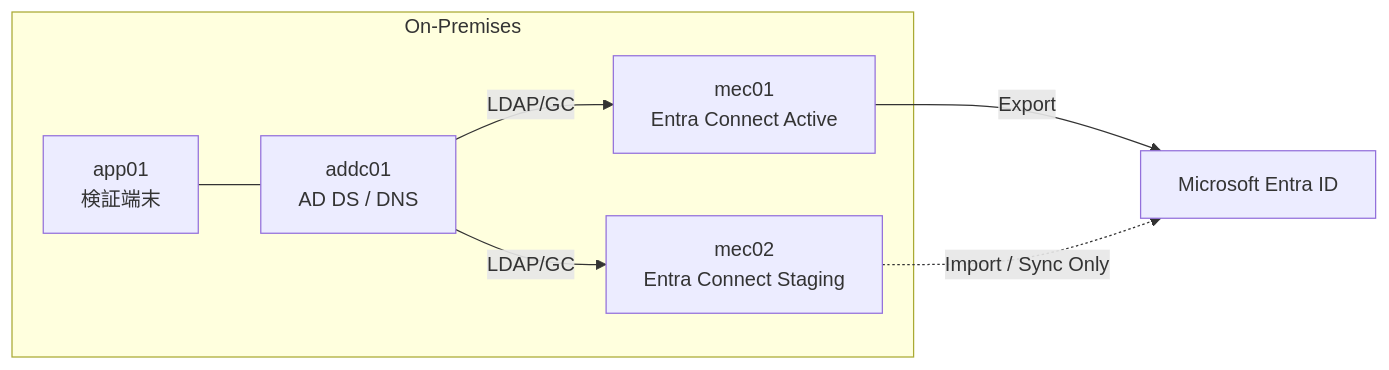
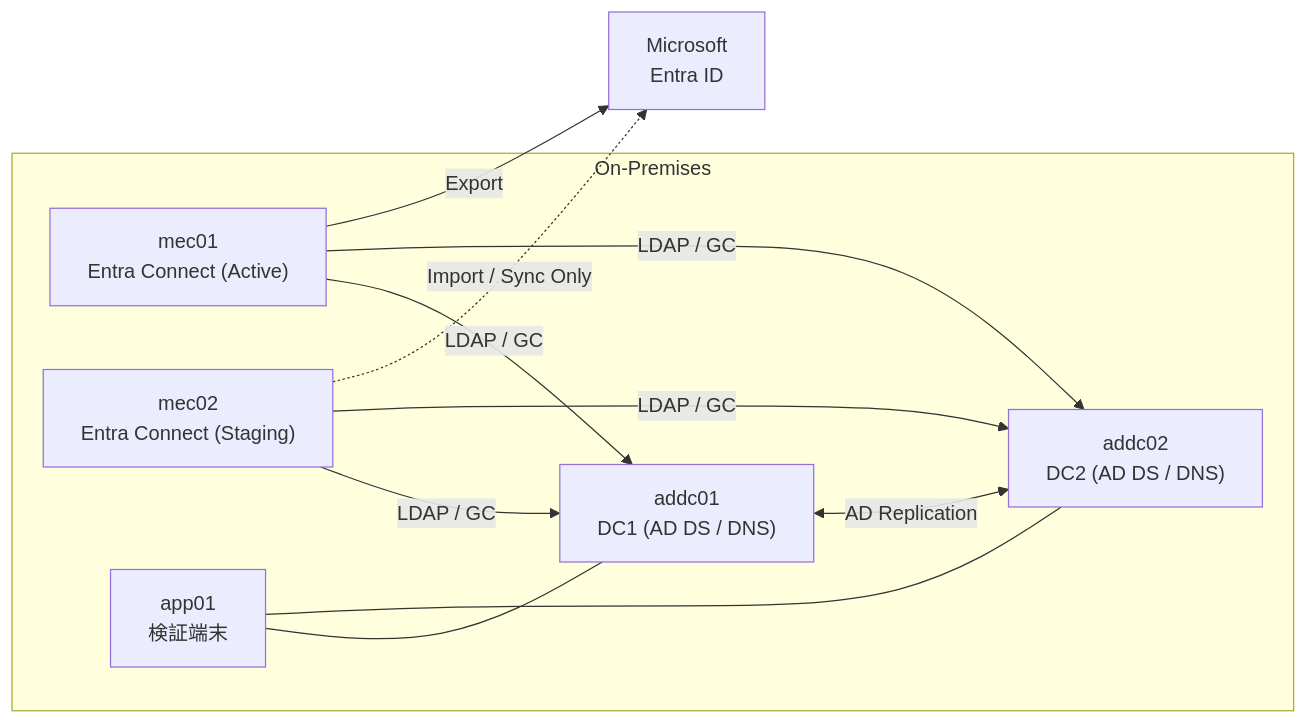
The diagram in LAB1-Hybrid-Identity-Entra-Connect/01_設計書/01_構成概要書.md (Naohiro-Yoshiyama/azure-identity-portfolio), drawn with Mermaid before and after one commit. The commit also changed other lines of this file, not shown here.

````diff
--- a/LAB1-Hybrid-Identity-Entra-Connect/01_設計書/01_構成概要書.md
+++ b/LAB1-Hybrid-Identity-Entra-Connect/01_設計書/01_構成概要書.md
@@ -28,17 +28,25 @@
 ```mermaid
 flowchart LR
     subgraph OnPrem["On-Premises"]
-        addc01["addc01\nAD DS / DNS"]
-        mec01["mec01\nEntra Connect Active"]
-        mec02["mec02\nEntra Connect Staging"]
-        app01["app01\n検証端末"]
+        addc01["addc01<br/>DC1 (AD DS / DNS)"]
+        addc02["addc02<br/>DC2 (AD DS / DNS)"]
+        mec01["mec01<br/>Entra Connect (Active)"]
+        mec02["mec02<br/>Entra Connect (Staging)"]
+        app01["app01<br/>検証端末"]
     end
 
-    EntraID["Microsoft Entra ID"]
+    EntraID["Microsoft<br/>Entra ID"]
 
-    addc01 -->|LDAP/GC| mec01
-    addc01 -->|LDAP/GC| mec02
+    addc01 <-->|AD Replication| addc02
+
+    mec01 -->|LDAP / GC| addc01
+    mec01 -->|LDAP / GC| addc02
+    mec02 -->|LDAP / GC| addc01
+    mec02 -->|LDAP / GC| addc02
+
     mec01 -->|Export| EntraID
     mec02 -.->|Import / Sync Only| EntraID
+
     app01 --- addc01
+    app01 --- addc02
 ```
````
